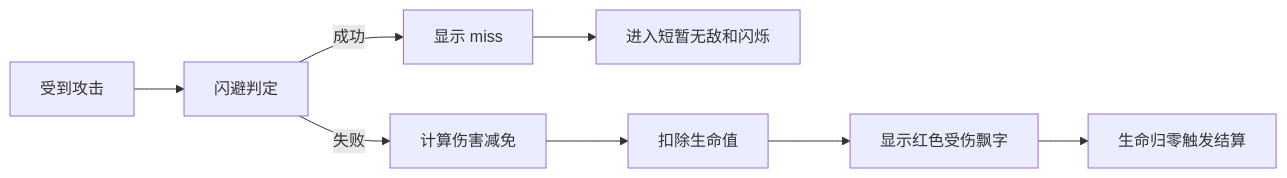
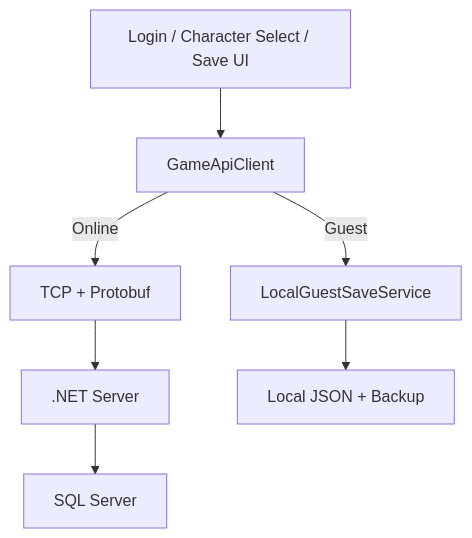
One commit to forrsine/Treasure-Hunter changed the third of 3 diagrams in README.md. Above: the diagram before and after it, drawn with Mermaid. The commit also changed other lines of this file and 139 other files, not shown here.

````diff
--- a/README.md
+++ b/README.md
@@ -222,10 +349,9 @@
 ```mermaid
-flowchart LR
-    A["受到攻击"] --> B["闪避判定"]
-    B -->|成功| C["显示 miss"]
-    C --> D["进入短暂无敌和闪烁"]
-    B -->|失败| E["计算伤害减免"]
-    E --> F["扣除生命值"]
-    F --> G["显示红色受伤飘字"]
-    G --> H["生命归零触发结算"]
+flowchart TD
+    A["Login / Character Select / Save UI"] --> B["GameApiClient"]
+    B -->|Online| C["TCP + Protobuf"]
+    C --> D[".NET Server"]
+    D --> E["SQL Server"]
+    B -->|Guest| F["LocalGuestSaveService"]
+    F --> G["Local JSON + Backup"]
 ```
````
